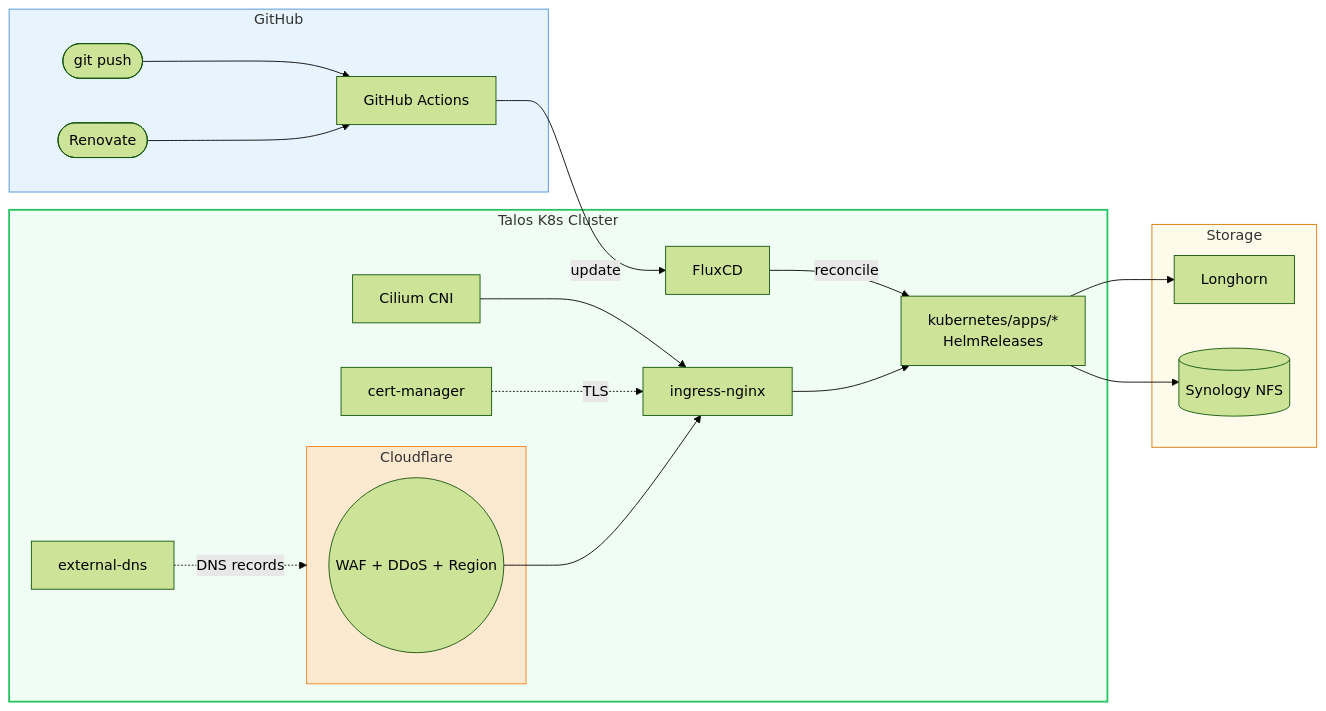
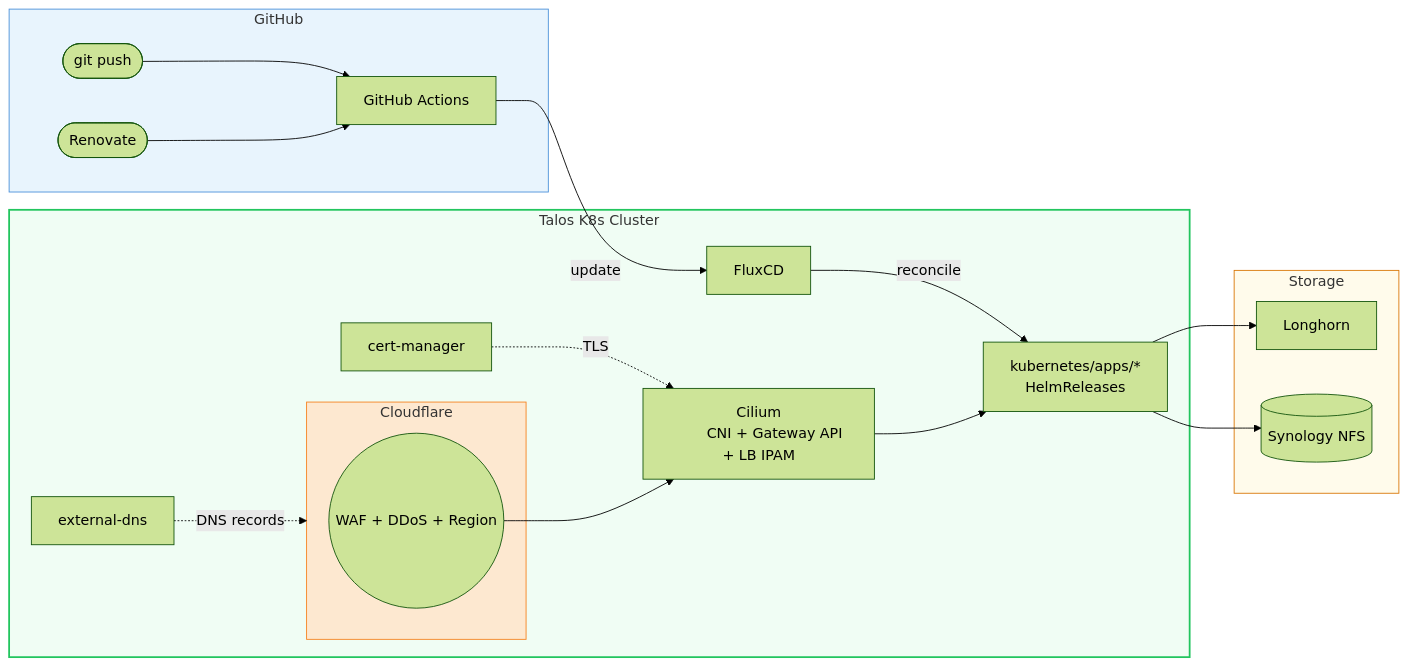
The diagram in README.md (wajeht/home-ops), drawn with Mermaid (forest theme) before and after one commit. The commit also changed other lines of this file and 2 other files, not shown here.

Commit message:
refactor(cilium): consolidate CNI, ingress, and LB into one component

````diff
--- a/README.md
+++ b/README.md
@@ -11,42 +11,42 @@
 ```mermaid
 flowchart LR
     subgraph repos["GitHub"]
         push([git push])
         renovate([Renovate])
         gha[GitHub Actions]
     end
 
     subgraph cf[Cloudflare]
         waf((WAF + DDoS + Region))
     end
 
     subgraph cluster["Talos K8s Cluster"]
         flux[FluxCD]
-        cilium[Cilium CNI]
-        ingress[ingress-nginx]
+        cilium["Cilium
+        CNI + Gateway API + LB IPAM"]
         cert[cert-manager]
         dns[external-dns]
         apps["kubernetes/apps/*
         HelmReleases"]
         flux -->|reconcile| apps
-        cilium --> ingress --> apps
-        cert -.->|TLS| ingress
+        cilium --> apps
+        cert -.->|TLS| cilium
         dns -.->|DNS records| cf
     end
 
     subgraph storage["Storage"]
         longhorn[Longhorn]
         nfs[(Synology NFS)]
     end
 
     push --> gha -->|update| flux
     renovate --> gha
-    waf --> ingress
+    waf --> cilium
     apps --> longhorn
     apps --> nfs
 
     style repos fill:#e8f4fd,stroke:#4a90d9
     style cluster fill:#f0fdf4,stroke:#22c55e,stroke-width:2px
     style cf fill:#fde8d0,stroke:#f6821f
     style storage fill:#fffbeb,stroke:#d97706
 ```
````
